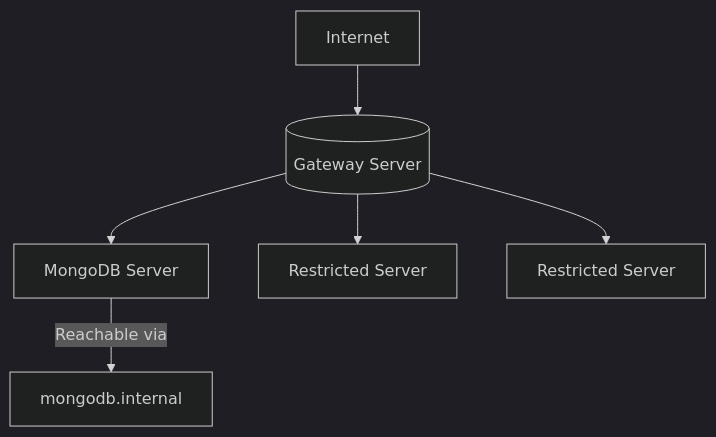
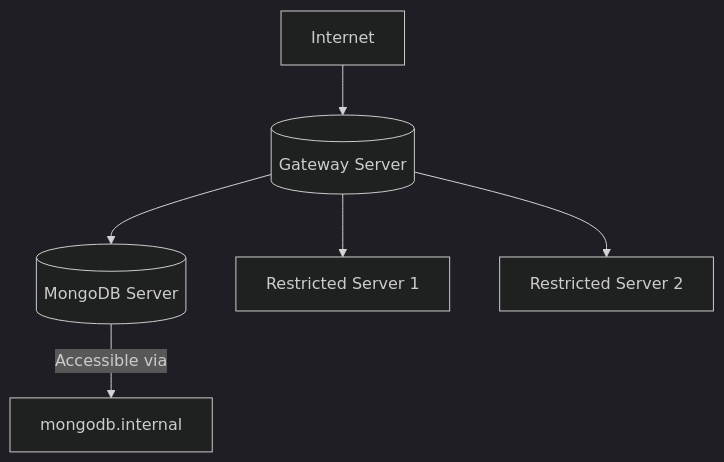
The diagram in README.md (Andrrew20/mongo_with_ansible), drawn with Mermaid (dark theme) before and after one commit. The commit also changed other lines of this file and 18 other files, not shown here.

````diff
--- a/README.md
+++ b/README.md
@@ -37,8 +16,8 @@
 ```mermaid
 graph TD
     A[Internet] --> B[(Gateway Server)]
-    B --> C[MongoDB Server]
-    B --> D[Restricted Server]
-    B --> E[Restricted Server]
-    C -->|Reachable via| F["mongodb.internal"]
+    B --> C[(MongoDB Server)]
+    B --> D[Restricted Server 1]
+    B --> E[Restricted Server 2]
+    C -->|Accessible via| F["mongodb.internal"]
 ```
````
